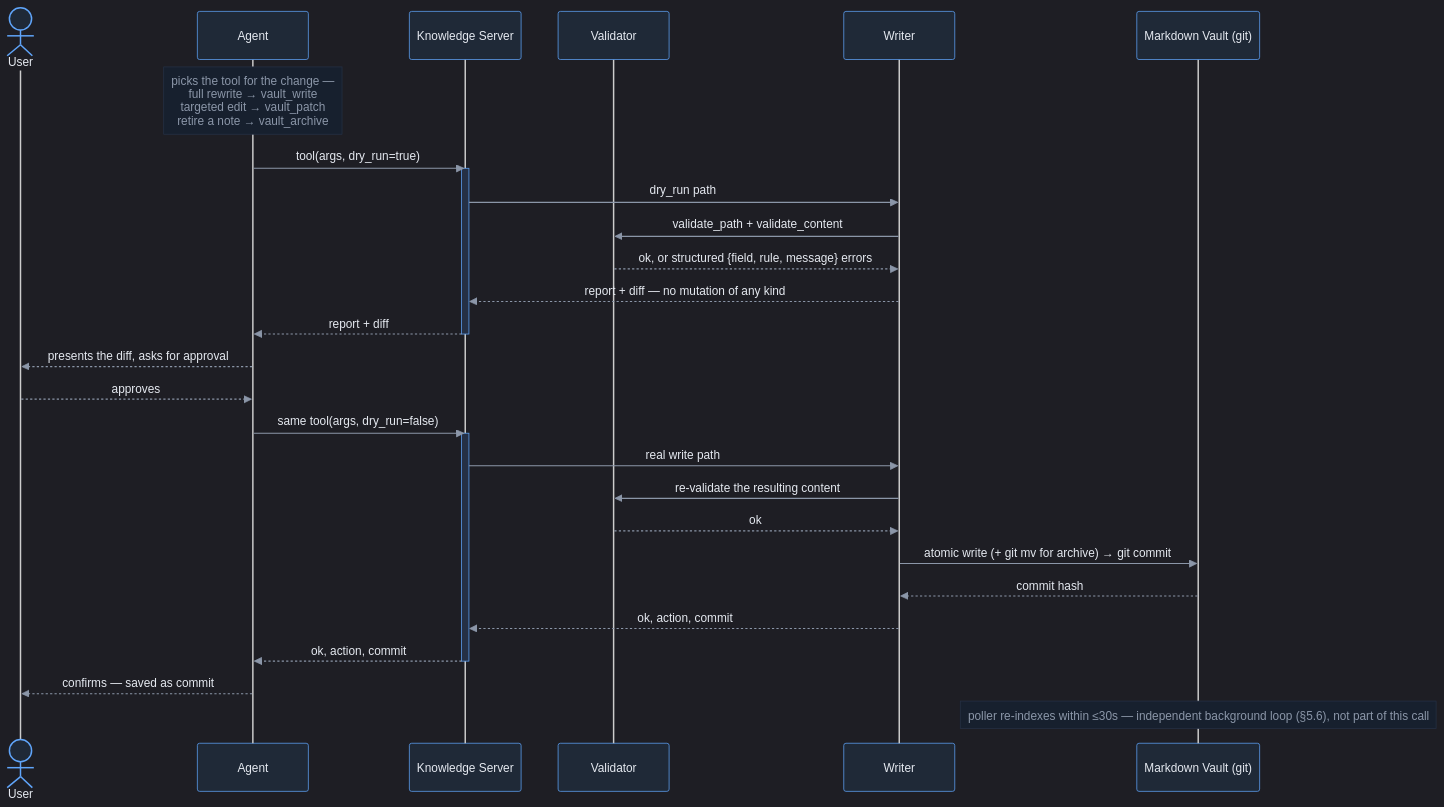
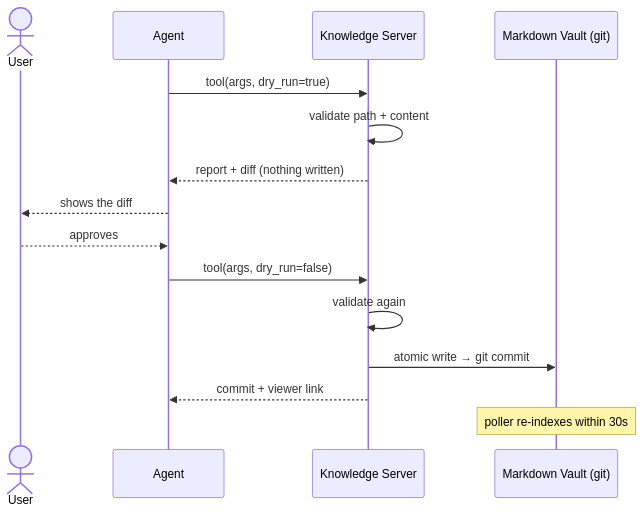
Before and after one commit to rossblanchard/knowledge-server-public: the diagram in docs/ARCHITECTURE.md, drawn with Mermaid. The commit also changed other lines of this file and 4 other files, not shown here.

Commit message:
Docs: consolidate into ARCHITECTURE, add notices, viewer, and access control (#3)

````diff
--- a/docs/ARCHITECTURE.md
+++ b/docs/ARCHITECTURE.md
@@ -192,39 +93,18 @@
 ```mermaid
-%%{init: {'theme':'dark', 'themeVariables': {'primaryColor':'#1f2937','primaryTextColor':'#e5e9f0','primaryBorderColor':'#60a5fa','lineColor':'#8b96a8','secondaryColor':'#111827','tertiaryColor':'#111827','actorBkg':'#1f2937','actorBorder':'#60a5fa','actorTextColor':'#e5e9f0','signalColor':'#8b96a8','signalTextColor':'#e5e9f0','labelBoxBkgColor':'#17202e','labelBoxBorderColor':'#34d399','labelTextColor':'#e5e9f0','loopTextColor':'#e5e9f0','noteBkgColor':'#17202e','noteTextColor':'#8b96a8','noteBorderColor':'#253045','activationBkgColor':'#253045','activationBorderColor':'#60a5fa'}}}%%
 sequenceDiagram
     actor User
     participant Agent
     participant KS as Knowledge Server
-    participant Validator
-    participant Writer
     participant Vault as Markdown Vault (git)
 
-    Note over Agent: picks the tool for the change —<br/>full rewrite → vault_write<br/>targeted edit → vault_patch<br/>retire a note → vault_archive
-
     Agent->>KS: tool(args, dry_run=true)
-    activate KS
-    KS->>Writer: dry_run path
-    Writer->>Validator: validate_path + validate_content
-    Validator-->>Writer: ok, or structured {field, rule, message} errors
-    Writer-->>KS: report + diff — no mutation of any kind
-    KS-->>Agent: report + diff
-    deactivate KS
-
-    Agent-->>User: presents the diff, asks for approval
+    KS->>KS: validate path + content
+    KS-->>Agent: report + diff (nothing written)
+    Agent-->>User: shows the diff
     User-->>Agent: approves
-
-    Agent->>KS: same tool(args, dry_run=false)
-    activate KS
-    KS->>Writer: real write path
-    Writer->>Validator: re-validate the resulting content
-    Validator-->>Writer: ok
-    Writer->>Vault: atomic write (+ git mv for archive) → git commit
-    Vault-->>Writer: commit hash
-    Writer-->>KS: ok, action, commit
-    KS-->>Agent: ok, action, commit
-    deactivate KS
-
-    Agent-->>User: confirms — saved as commit
-
-    Note over Vault: poller re-indexes within ≤30s — independent background loop (§5.6), not part of this call
+    Agent->>KS: tool(args, dry_run=false)
+    KS->>KS: validate again
+    KS->>Vault: atomic write → git commit
+    KS-->>Agent: commit + viewer link
+    Note over Vault: poller re-indexes within 30s
 ```
````
